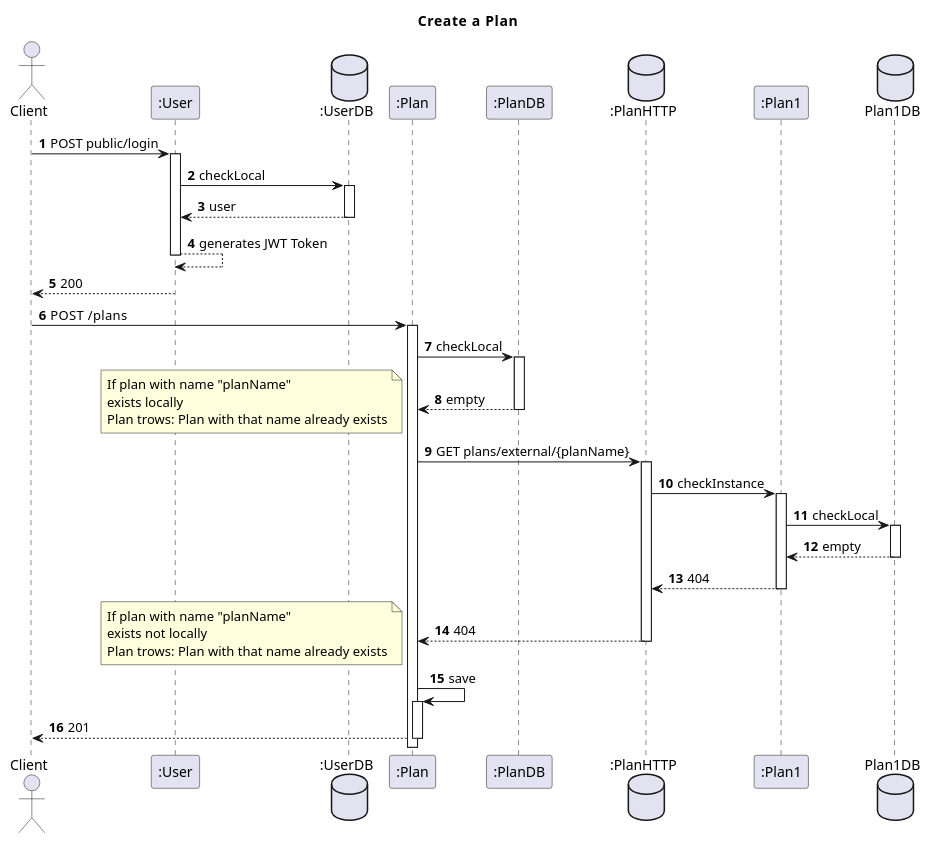
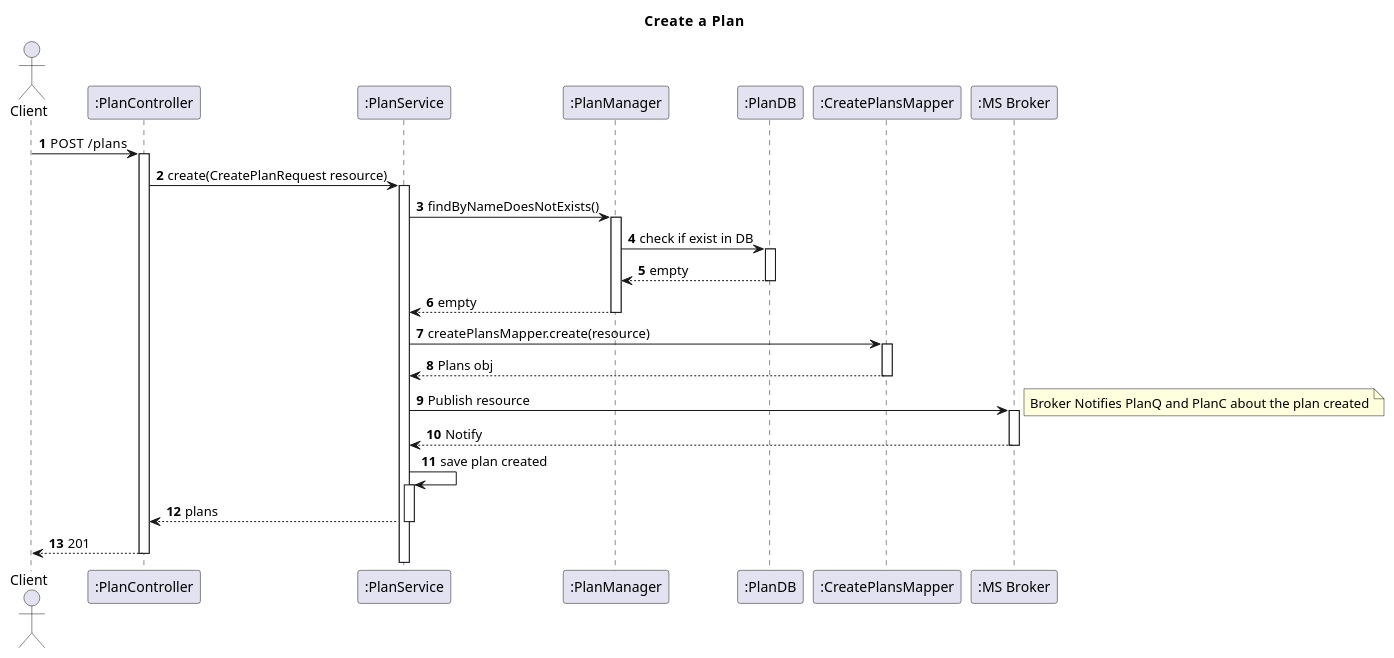
One commit to IsepMartimOliveira/SIDIS changed the diagram in docs_sidis/Segunda_Avalição/Plans/Vista_Logica/N3/UserPlanInteractionCreate.puml. Above: the diagram before and after it, drawn with PlantUML. The commit also changed 6 other files, not shown here.

```diff
--- a/docs_sidis/Segunda_Avalição/Plans/Vista_Logica/N3/UserPlanInteractionCreate.puml
+++ b/docs_sidis/Segunda_Avalição/Plans/Vista_Logica/N3/UserPlanInteractionCreate.puml
@@ -1,50 +1,47 @@
 @startuml
 'https://plantuml.com/sequence-diagram
 autoactivate on
 autonumber
 title  Create  a  Plan
 
 autonumber
 
 actor "Client" as Ac
-participant ":User" as User
-database ":UserDB" as Udb
-
-participant ":Plan" as Plan
+participant ":PlanController" as PlanController
+participant ":PlanService" as PService
+participant ":PlanManager" as PManager
 participant ":PlanDB" as PDB
-database ":PlanHTTP" as PHTTP
-participant ":Plan1" as Plan1
-database "Plan1DB" as PDB1
+participant ":CreatePlansMapper" as MP
 
 
-Ac->User: POST public/login
-User->Udb:checkLocal
-Udb-->User:user
-User-->User:generates JWT Token
-User-->Ac:200
-Ac->Plan:POST  /plans
-Plan->PDB:checkLocal
-PDB-->Plan:empty
-note left
-If plan with name "planName"
-exists locally
-Plan trows: Plan with that name already exists
+
+
+
+
+
+participant ":MS Broker" as Broker
+
+Ac->PlanController:POST  /plans
+PlanController->PService:create(CreatePlanRequest resource)
+PService->PManager:findByNameDoesNotExists()
+PManager->PDB:check if exist in DB
+PDB-->PManager:empty
+PManager-->PService:empty
+PService->MP:createPlansMapper.create(resource)
+MP-->PService:Plans obj
+PService->Broker:Publish resource
+note right
+Broker Notifies PlanQ and PlanC about the plan created
 end note
-Plan->PHTTP:GET plans/external/{planName}
-PHTTP->Plan1:checkInstance
-Plan1->PDB1:checkLocal
-PDB1-->Plan1:empty
-Plan1-->PHTTP:404
-PHTTP-->Plan:404
-note left
-If plan with name "planName"
-exists not locally
-Plan trows: Plan with that name already exists
-end note
-Plan->Plan:save
-Plan-->Ac:201
+PService<--Broker:Notify
+PService->PService:save plan created
+PService-->PlanController:plans
+PlanController-->Ac:201
+
+
+
 
 
 
 
 @enduml
```
